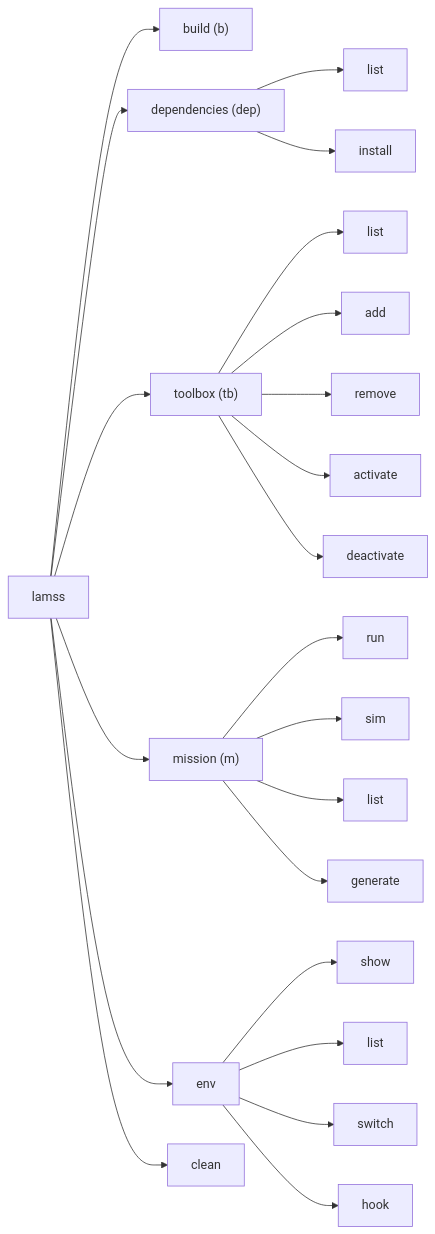
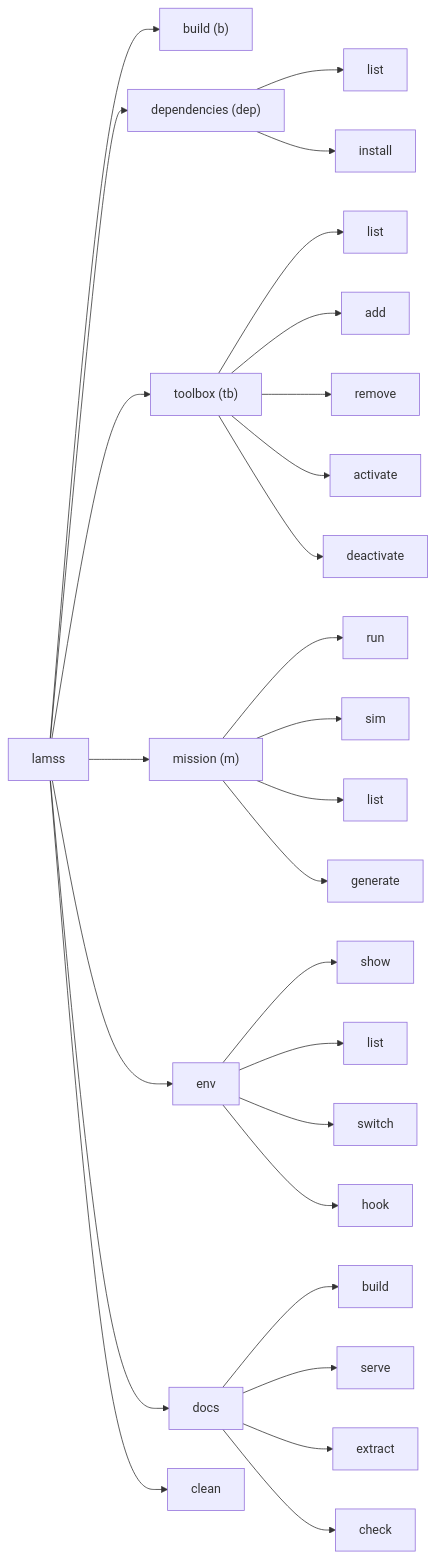
Before and after one commit to GobySoft/lamss3: the second of 2 diagrams in core/src/doc/plan/claude/03-lamss-tool.md, drawn with Mermaid. The commit also changed other lines of this file and 7 other files, not shown here.

````diff
--- a/core/src/doc/plan/claude/03-lamss-tool.md
+++ b/core/src/doc/plan/claude/03-lamss-tool.md
@@ -43,24 +43,29 @@
 ```mermaid
 flowchart LR
   lamss --> build["build (b)"]
   lamss --> dep["dependencies (dep)"]
   dep --> dl[list]
   dep --> di[install]
   lamss --> tb["toolbox (tb)"]
   tb --> tl[list]
   tb --> ta[add]
   tb --> tr[remove]
   tb --> tac[activate]
   tb --> tde[deactivate]
   lamss --> m["mission (m)"]
   m --> run[run]
   m --> sim[sim]
   m --> ml[list]
   m --> mg[generate]
   lamss --> env
   env --> es[show]
   env --> el[list]
   env --> esw[switch]
   env --> eh[hook]
+  lamss --> docs
+  docs --> db[build]
+  docs --> ds[serve]
+  docs --> dx[extract]
+  docs --> dc[check]
   lamss --> clean
 ```
````
